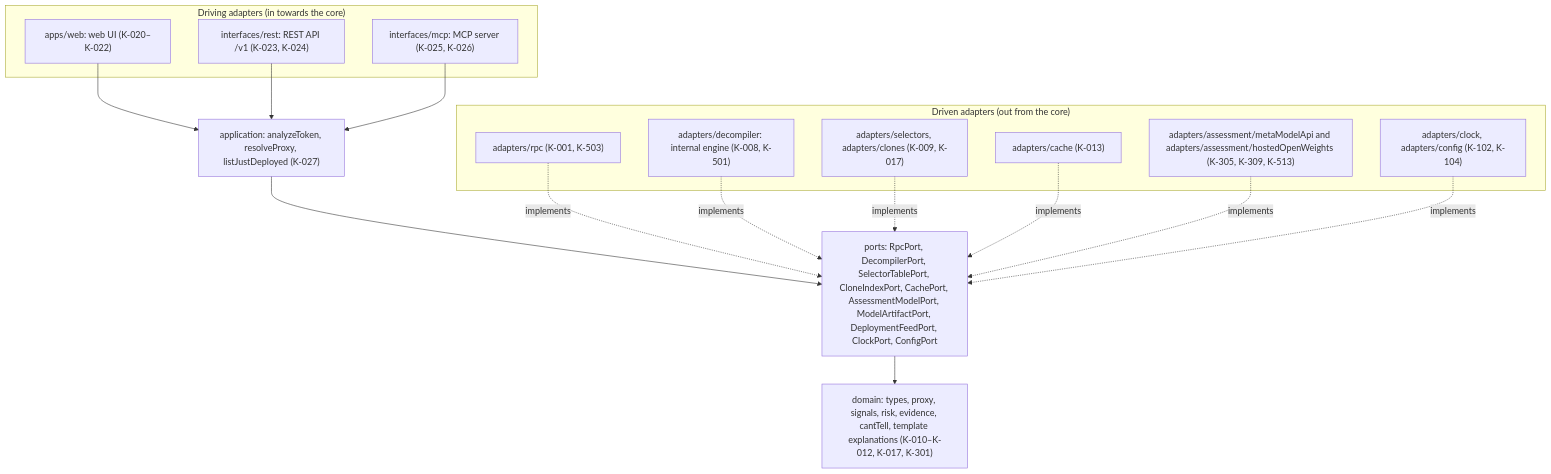
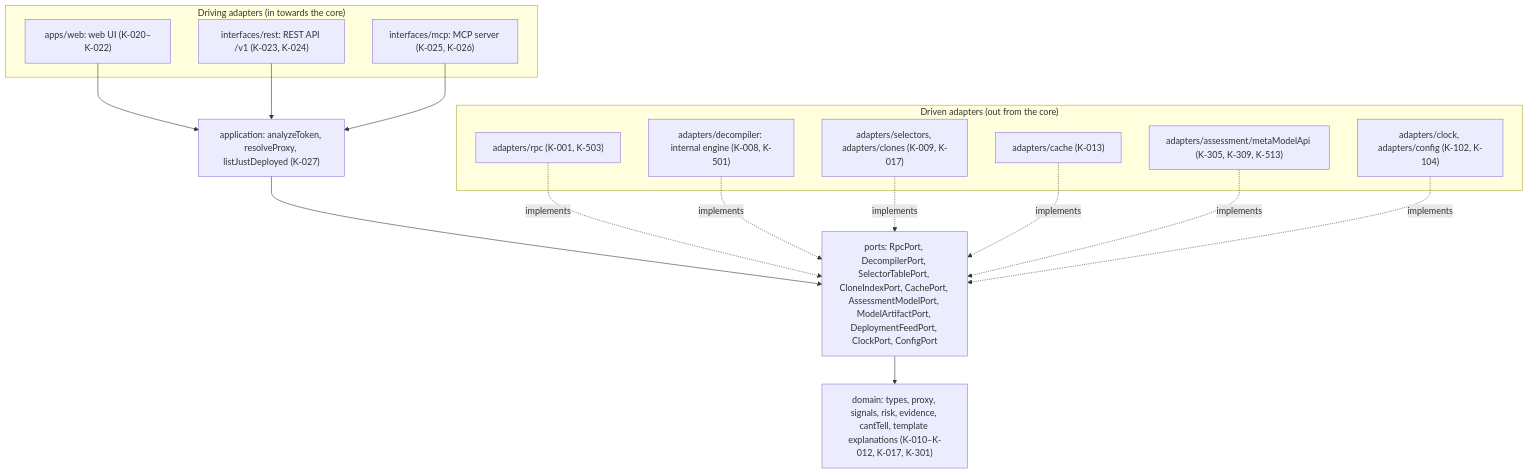
One commit to jensabrahamsson/brandklipparen changed the diagram in docs/architecture.md. Above: the diagram before and after it, drawn with Mermaid. The commit also changed other lines of this file and 129 other files, not shown here.

Commit message:
Review fix (VENDOR-1): VENDOR-1: remove the non-Meta assessment plugins (Meta Model API only)

````diff
--- a/docs/architecture.md
+++ b/docs/architecture.md
@@ -23,30 +23,30 @@
 ```mermaid
 flowchart TB
     subgraph Driving["Driving adapters (in towards the core)"]
         WEB["apps/web: web UI (K-020–K-022)"]
         REST["interfaces/rest: REST API /v1 (K-023, K-024)"]
         MCP["interfaces/mcp: MCP server (K-025, K-026)"]
     end
     APP["application: analyzeToken, resolveProxy, listJustDeployed (K-027)"]
     PORTS["ports: RpcPort, DecompilerPort, SelectorTablePort, CloneIndexPort, CachePort, AssessmentModelPort, ModelArtifactPort, DeploymentFeedPort, ClockPort, ConfigPort"]
     CORE["domain: types, proxy, signals, risk, evidence, cantTell, template explanations (K-010–K-012, K-017, K-301)"]
     subgraph Driven["Driven adapters (out from the core)"]
         RPC["adapters/rpc (K-001, K-503)"]
         INTDEC["adapters/decompiler: internal engine (K-008, K-501)"]
         SEL["adapters/selectors, adapters/clones (K-009, K-017)"]
         STOR["adapters/cache (K-013)"]
-        MUSE["adapters/assessment/metaModelApi and adapters/assessment/hostedOpenWeights (K-305, K-309, K-513)"]
+        MUSE["adapters/assessment/metaModelApi (K-305, K-309, K-513)"]
         MISC["adapters/clock, adapters/config (K-102, K-104)"]
     end
     WEB --> APP
     REST --> APP
     MCP --> APP
     APP --> PORTS
     PORTS --> CORE
     RPC -. implements .-> PORTS
     INTDEC -. implements .-> PORTS
     SEL -. implements .-> PORTS
     STOR -. implements .-> PORTS
     MUSE -. implements .-> PORTS
     MISC -. implements .-> PORTS
 ```
````
